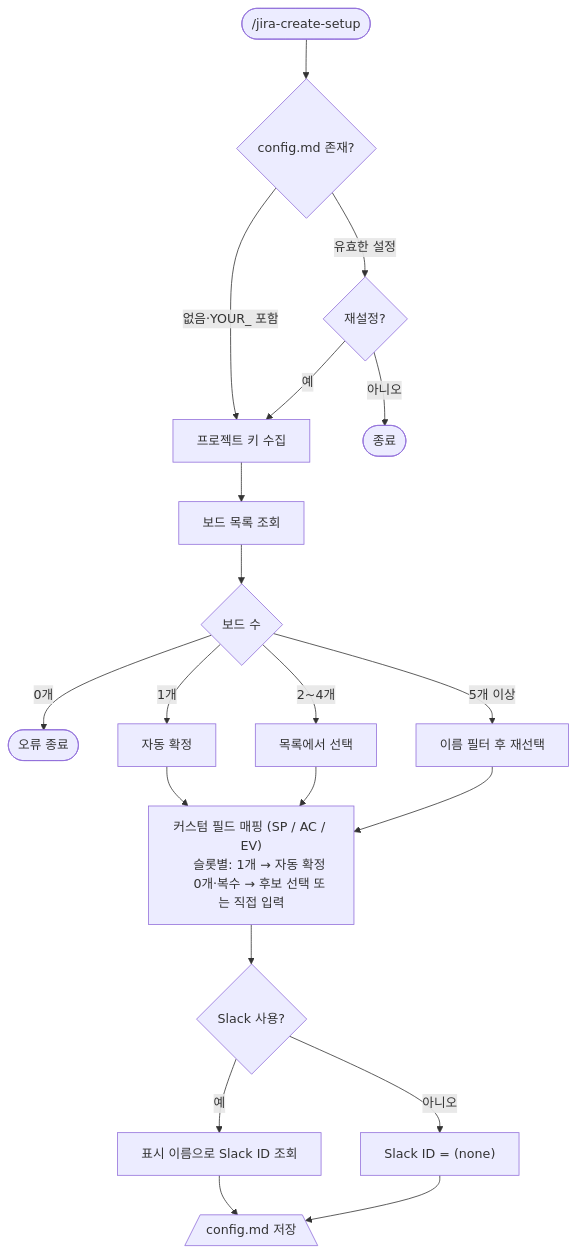
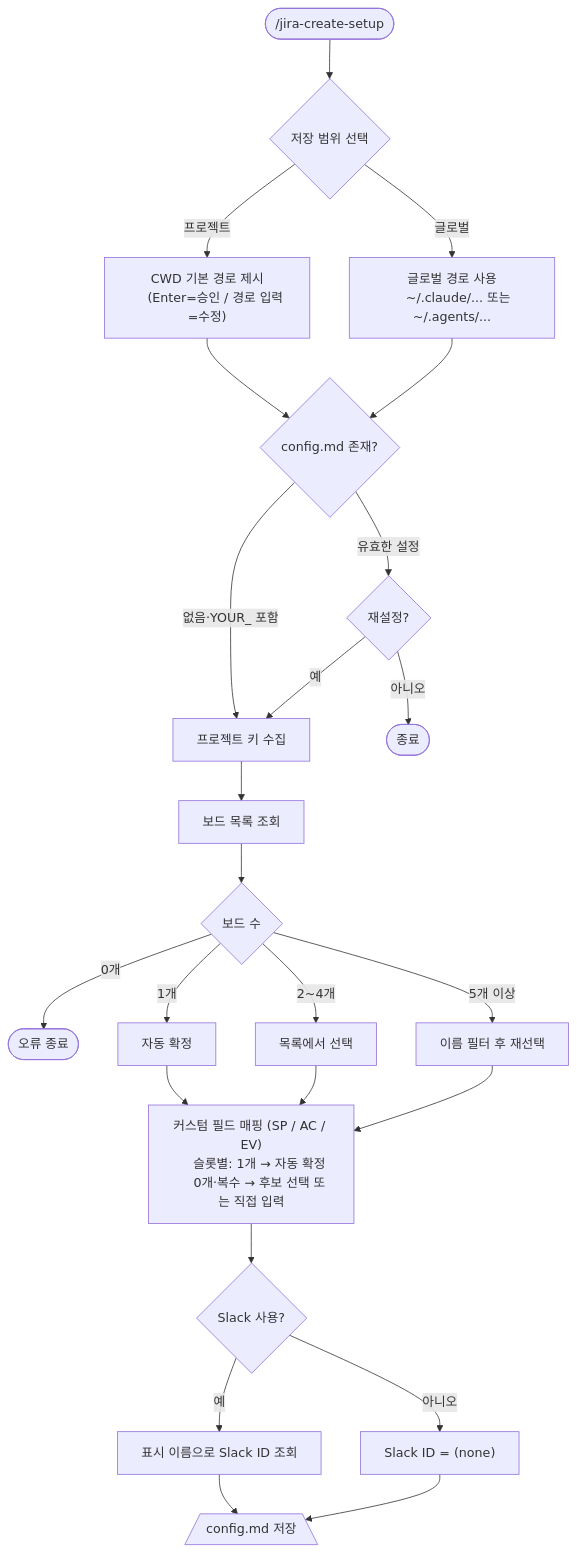
One commit to Park-Seung-Hun/atlassian-skills changed the first of 4 diagrams in jira-create/README.md. Above: the diagram before and after it, drawn with Mermaid. The commit also changed other lines of this file and 2 other files, not shown here.

First line of the commit message:
feat(jira-create): 프로젝트/글로벌 config 저장 위치 선택 지원

````diff
--- a/jira-create/README.md
+++ b/jira-create/README.md
@@ -39,21 +39,26 @@
 ```mermaid
 flowchart TD
-    A(["/jira-create-setup"]) --> B{config.md 존재?}
+    A(["/jira-create-setup"]) --> A1{저장 범위 선택}
+    A1 -- 프로젝트 --> A2["CWD 기본 경로 제시
+    (Enter=승인 / 경로 입력=수정)"]
+    A1 -- 글로벌 --> A3["글로벌 경로 사용
+    ~/.claude/... 또는 ~/.agents/..."]
+    A2 & A3 --> B{config.md 존재?}
     B -- 없음·YOUR_ 포함 --> C[프로젝트 키 수집]
     B -- 유효한 설정 --> D{재설정?}
     D -- 아니오 --> Z([종료])
     D -- 예 --> C
     C --> E[보드 목록 조회]
     E --> F{보드 수}
     F -- 0개 --> ZE([오류 종료])
     F -- 1개 --> G[자동 확정]
     F -- 2~4개 --> H[목록에서 선택]
     F -- 5개 이상 --> I[이름 필터 후 재선택]
     G & H & I --> J["커스텀 필드 매핑 (SP / AC / EV)
     슬롯별: 1개 → 자동 확정
     0개·복수 → 후보 선택 또는 직접 입력"]
     J --> K{Slack 사용?}
     K -- 예 --> L[표시 이름으로 Slack ID 조회]
     K -- 아니오 --> M["Slack ID = (none)"]
     L & M --> N[/config.md 저장\]
 ```
````
